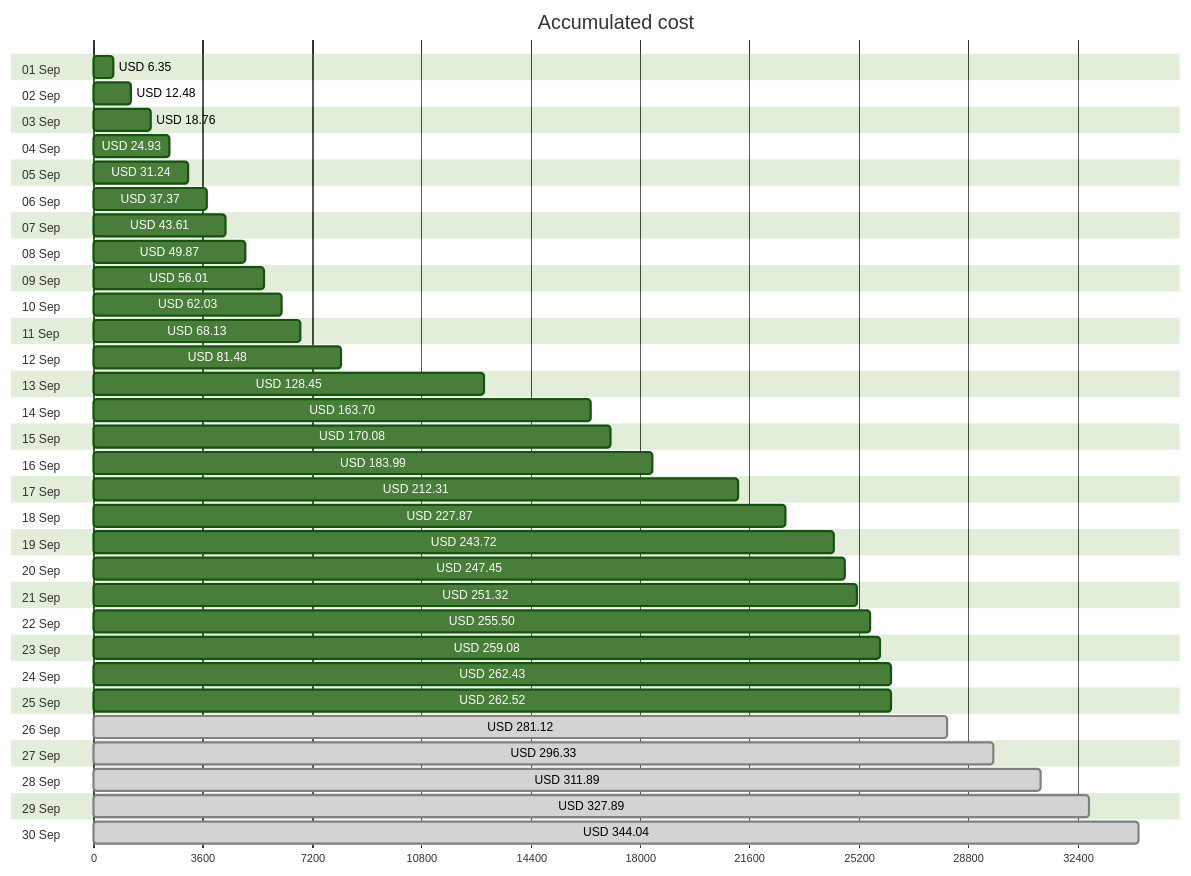
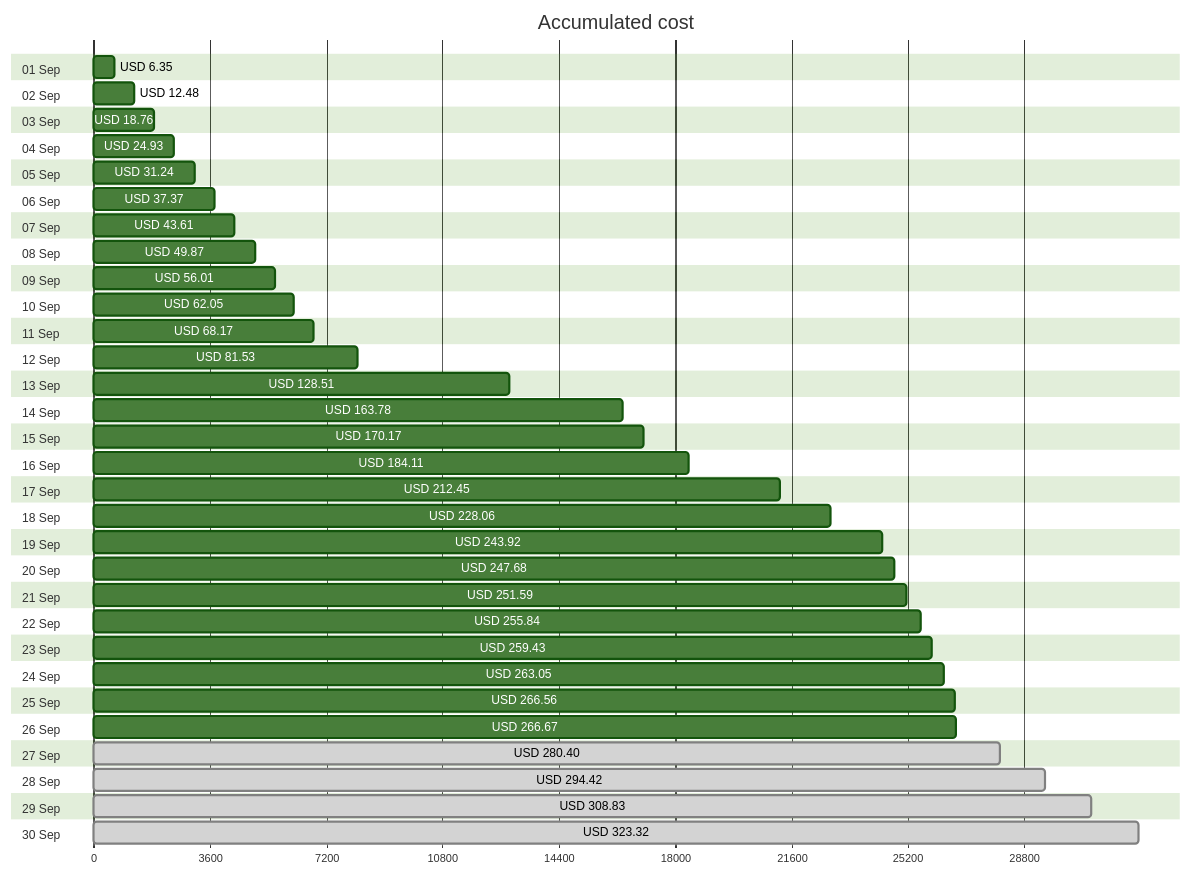
One commit to jpfulton/azure-personal-reports changed the first of 4 diagrams in cost-reports/accumulated-cost.md. Above: the diagram before and after it, drawn with Mermaid (forest theme). The commit also changed other lines of this file and 4 other files, not shown here.

````diff
--- a/cost-reports/accumulated-cost.md
+++ b/cost-reports/accumulated-cost.md
@@ -20,66 +20,66 @@
 ```mermaid
 gantt
    title Accumulated cost
    dateFormat  X
    axisFormat %s
    section 01 Sep
    USD 6.35 :0, 635
    section 02 Sep
    USD 12.48 :0, 1248
    section 03 Sep
    USD 18.76 :0, 1876
    section 04 Sep
    USD 24.93 :0, 2493
    section 05 Sep
    USD 31.24 :0, 3124
    section 06 Sep
    USD 37.37 :0, 3737
    section 07 Sep
    USD 43.61 :0, 4361
    section 08 Sep
    USD 49.87 :0, 4987
    section 09 Sep
    USD 56.01 :0, 5601
    section 10 Sep
-   USD 62.03 :0, 6203
+   USD 62.05 :0, 6205
    section 11 Sep
-   USD 68.13 :0, 6813
+   USD 68.17 :0, 6817
    section 12 Sep
-   USD 81.48 :0, 8148
+   USD 81.53 :0, 8153
    section 13 Sep
-   USD 128.45 :0, 12845
+   USD 128.51 :0, 12851
    section 14 Sep
-   USD 163.70 :0, 16370
+   USD 163.78 :0, 16378
    section 15 Sep
-   USD 170.08 :0, 17008
+   USD 170.17 :0, 17017
    section 16 Sep
-   USD 183.99 :0, 18399
+   USD 184.11 :0, 18411
    section 17 Sep
-   USD 212.31 :0, 21231
+   USD 212.45 :0, 21245
    section 18 Sep
-   USD 227.87 :0, 22787
+   USD 228.06 :0, 22806
    section 19 Sep
-   USD 243.72 :0, 24372
+   USD 243.92 :0, 24392
    section 20 Sep
-   USD 247.45 :0, 24745
+   USD 247.68 :0, 24768
    section 21 Sep
-   USD 251.32 :0, 25132
+   USD 251.59 :0, 25159
    section 22 Sep
-   USD 255.50 :0, 25550
+   USD 255.84 :0, 25584
    section 23 Sep
-   USD 259.08 :0, 25908
+   USD 259.43 :0, 25943
    section 24 Sep
-   USD 262.43 :0, 26243
+   USD 263.05 :0, 26305
    section 25 Sep
-   USD 262.52 :0, 26252
+   USD 266.56 :0, 26656
    section 26 Sep
-   USD 281.12 : done, 0, 28112
+   USD 266.67 :0, 26667
    section 27 Sep
-   USD 296.33 : done, 0, 29633
+   USD 280.40 : done, 0, 28040
    section 28 Sep
-   USD 311.89 : done, 0, 31189
+   USD 294.42 : done, 0, 29442
    section 29 Sep
-   USD 327.89 : done, 0, 32789
+   USD 308.83 : done, 0, 30883
    section 30 Sep
-   USD 344.04 : done, 0, 34404
+   USD 323.32 : done, 0, 32332
 ```
````
